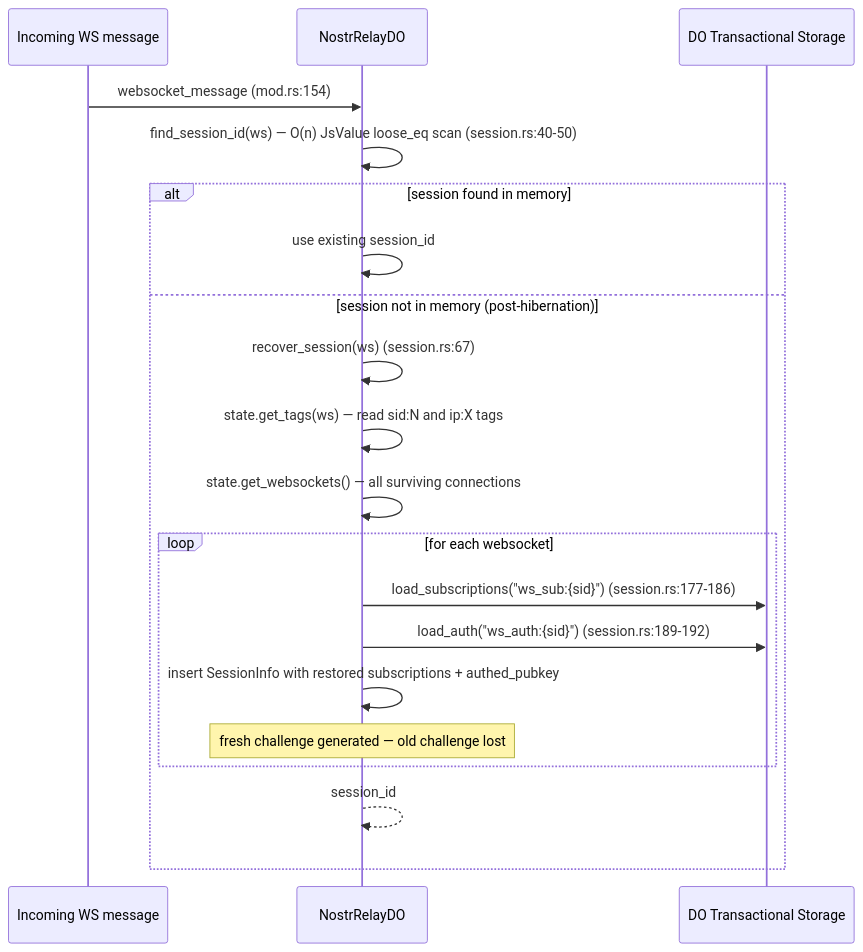
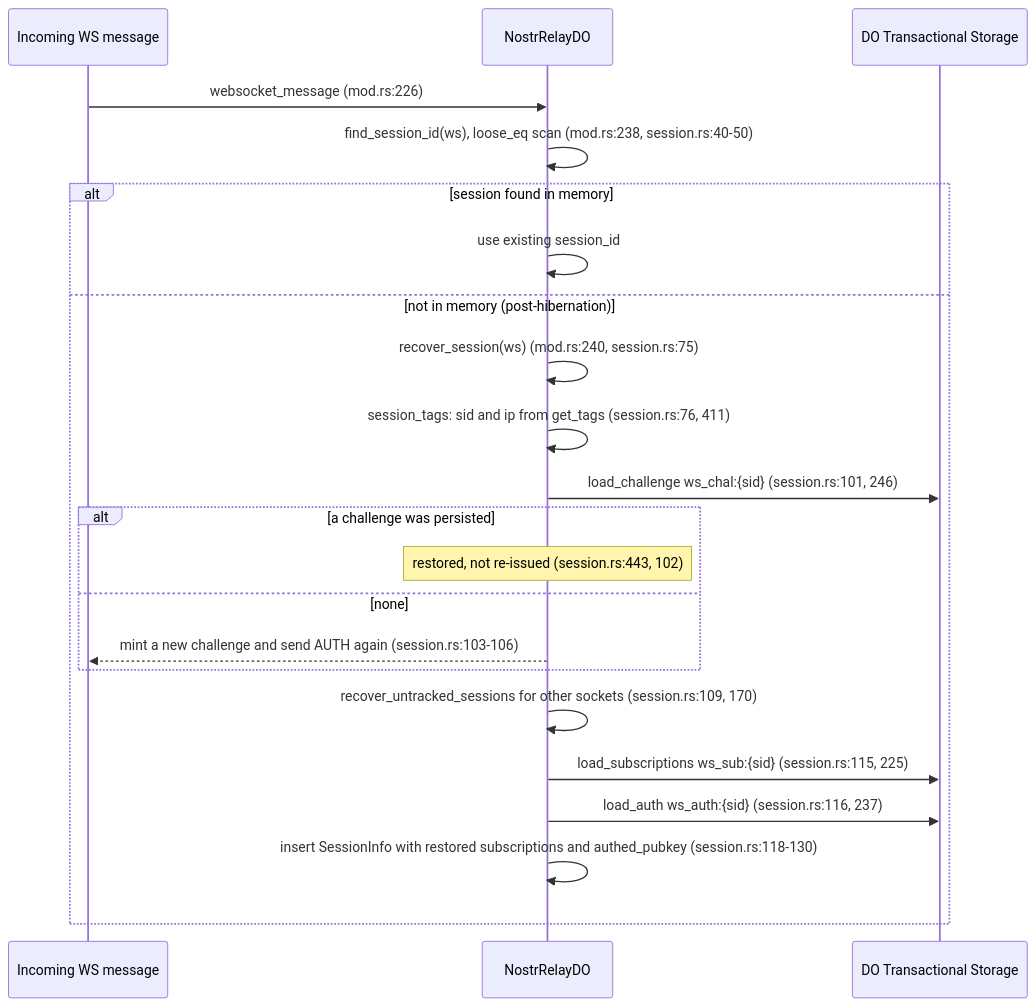
The ninth of 12 diagrams in docs/diagrams/relay-event-admission.md (DreamLab-AI/nostr-rust-forum), drawn with Mermaid before and after one commit. The commit also changed other lines of this file and 4 other files, not shown here.

First line of the commit message:
docs(diagrams): bring the diagram corpus up to 3c48e26 (NIP-09 tombstones, deletion sync, NIP-42 receipts, per-identity zone keys)

````diff
--- a/docs/diagrams/relay-event-admission.md
+++ b/docs/diagrams/relay-event-admission.md
@@ -551,23 +591,25 @@
 ```mermaid
 sequenceDiagram
     participant WS as Incoming WS message
     participant DO as NostrRelayDO
     participant Store as DO Transactional Storage
 
-    WS->>DO: websocket_message (mod.rs:154)
-    DO->>DO: find_session_id(ws) — O(n) JsValue loose_eq scan (session.rs:40-50)
+    WS->>DO: websocket_message (mod.rs:226)
+    DO->>DO: find_session_id(ws), loose_eq scan (mod.rs:238, session.rs:40-50)
     alt session found in memory
         DO->>DO: use existing session_id
-    else session not in memory (post-hibernation)
-        DO->>DO: recover_session(ws) (session.rs:67)
-        DO->>DO: state.get_tags(ws) — read sid:N and ip:X tags
-        DO->>DO: state.get_websockets() — all surviving connections
-        loop for each websocket
-            DO->>Store: load_subscriptions("ws_sub:{sid}") (session.rs:177-186)
-            DO->>Store: load_auth("ws_auth:{sid}") (session.rs:189-192)
-            DO->>DO: insert SessionInfo with restored subscriptions + authed_pubkey
-            Note over DO: fresh challenge generated — old challenge lost
+    else not in memory (post-hibernation)
+        DO->>DO: recover_session(ws) (mod.rs:240, session.rs:75)
+        DO->>DO: session_tags: sid and ip from get_tags (session.rs:76, 411)
+        DO->>Store: load_challenge ws_chal:{sid} (session.rs:101, 246)
+        alt a challenge was persisted
+            Note over DO: restored, not re-issued (session.rs:443, 102)
+        else none
+            DO-->>WS: mint a new challenge and send AUTH again (session.rs:103-106)
         end
-        DO-->>DO: session_id
+        DO->>DO: recover_untracked_sessions for other sockets (session.rs:109, 170)
+        DO->>Store: load_subscriptions ws_sub:{sid} (session.rs:115, 225)
+        DO->>Store: load_auth ws_auth:{sid} (session.rs:116, 237)
+        DO->>DO: insert SessionInfo with restored subscriptions and authed_pubkey (session.rs:118-130)
     end
 ```
````
